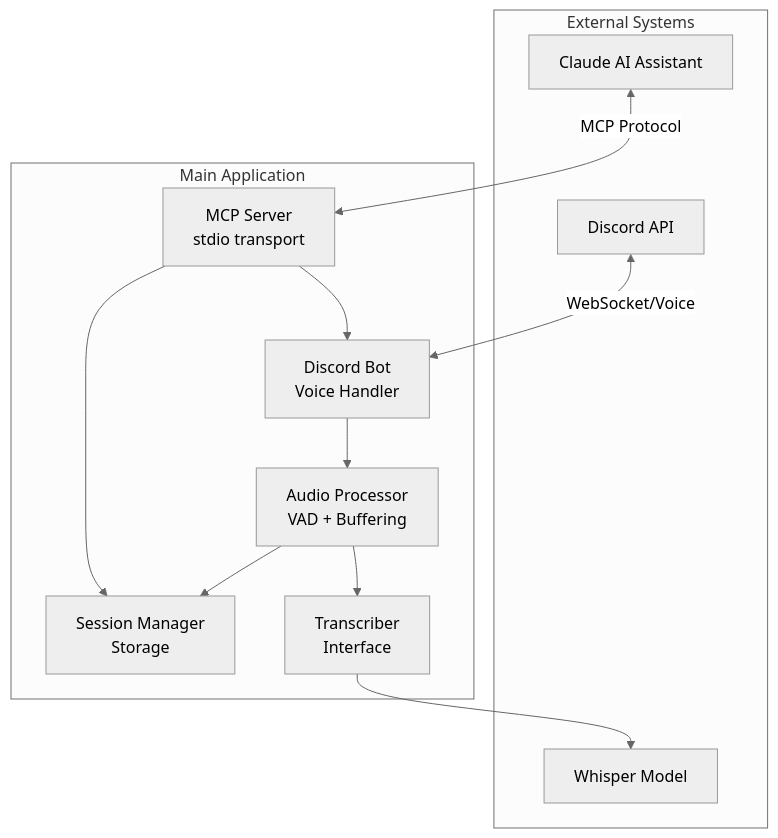
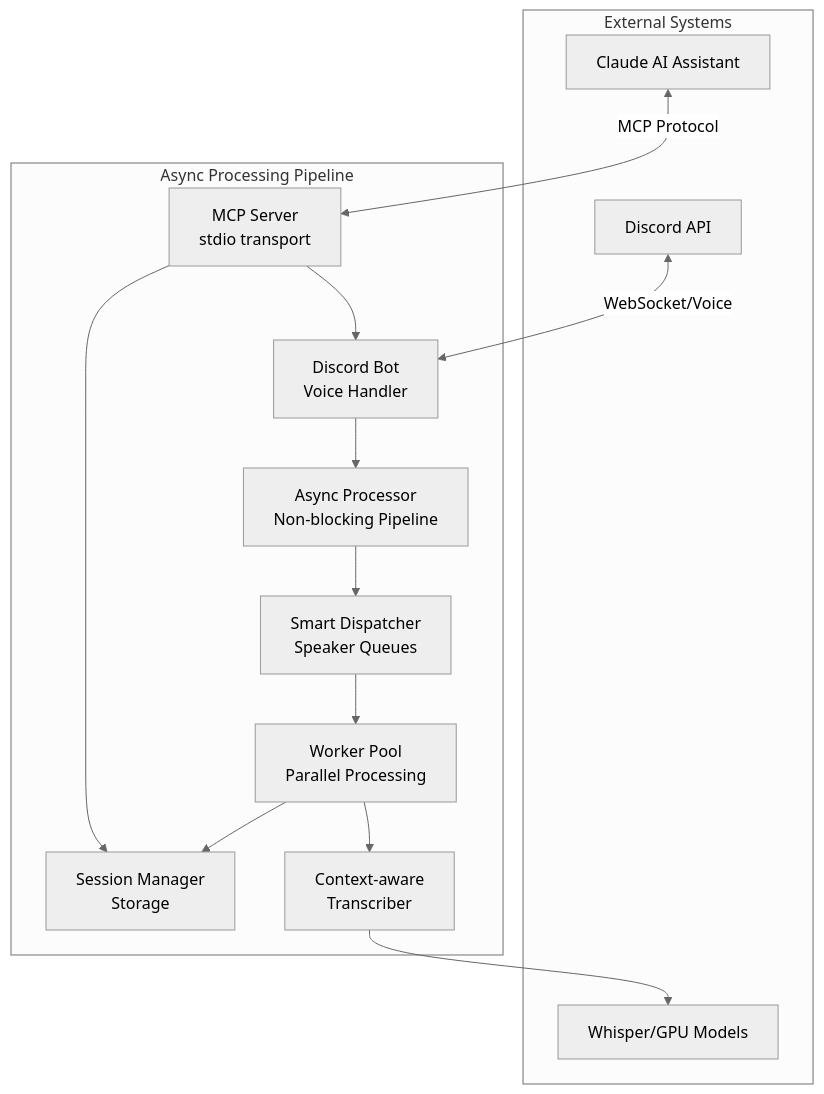
Before and after one commit to fankserver/discord-voice-mcp: the first of 8 diagrams in ARCHITECTURE_DOCUMENTATION.md, drawn with Mermaid (neutral theme). The commit also changed other lines of this file, not shown here.

First line of the commit message:
docs: update architecture documentation to reflect async pipeline design

````diff
--- a/ARCHITECTURE_DOCUMENTATION.md
+++ b/ARCHITECTURE_DOCUMENTATION.md
@@ -17,25 +17,29 @@
 ```mermaid
 graph TB
     subgraph "External Systems"
         Discord[Discord API]
         Claude[Claude AI Assistant]
-        Whisper[Whisper Model]
+        Whisper[Whisper/GPU Models]
     end
     
-    subgraph "Main Application"
+    subgraph "Async Processing Pipeline"
         MCP[MCP Server<br/>stdio transport]
         Bot[Discord Bot<br/>Voice Handler]
-        Audio[Audio Processor<br/>VAD + Buffering]
-        Trans[Transcriber<br/>Interface]
+        Async[Async Processor<br/>Non-blocking Pipeline]
+        Dispatcher[Smart Dispatcher<br/>Speaker Queues]
+        Workers[Worker Pool<br/>Parallel Processing]
+        Trans[Context-aware<br/>Transcriber]
         Session[Session Manager<br/>Storage]
     end
     
     Claude <-->|MCP Protocol| MCP
     MCP --> Bot
     Discord <-->|WebSocket/Voice| Bot
-    Bot --> Audio
-    Audio --> Trans
+    Bot --> Async
+    Async --> Dispatcher
+    Dispatcher --> Workers
+    Workers --> Trans
     Trans --> Whisper
-    Audio --> Session
+    Workers --> Session
     MCP --> Session
 ```
````
